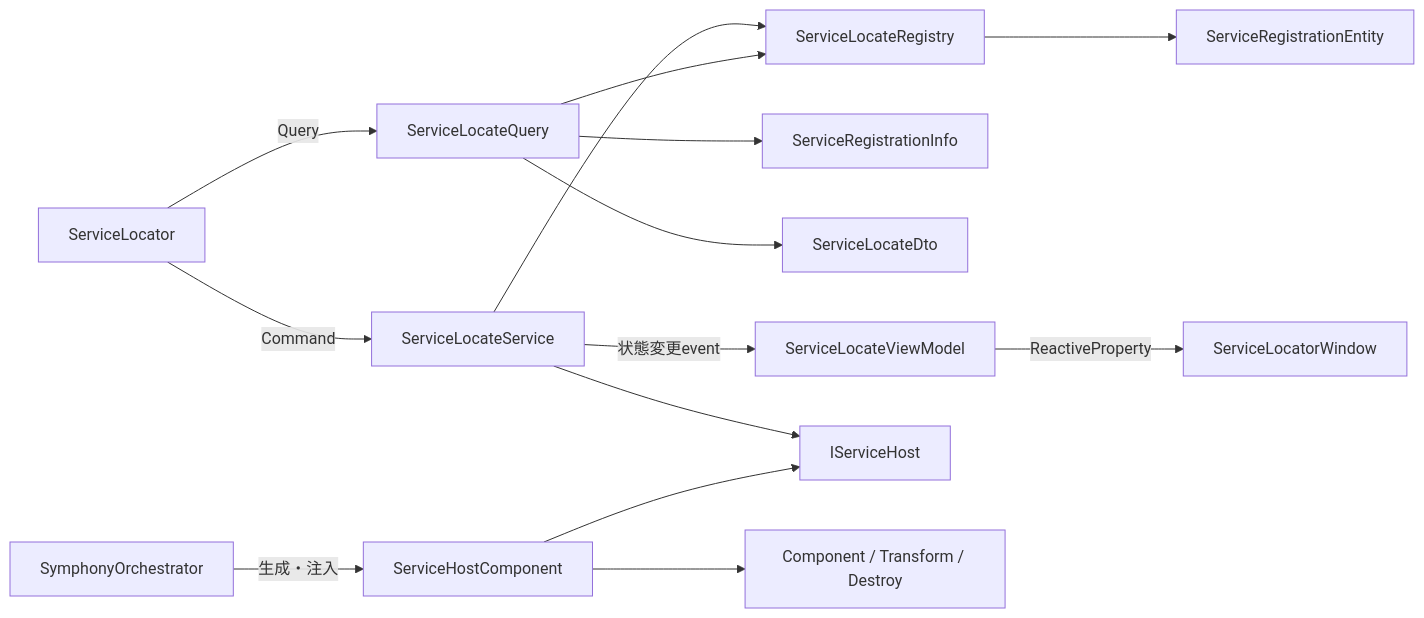
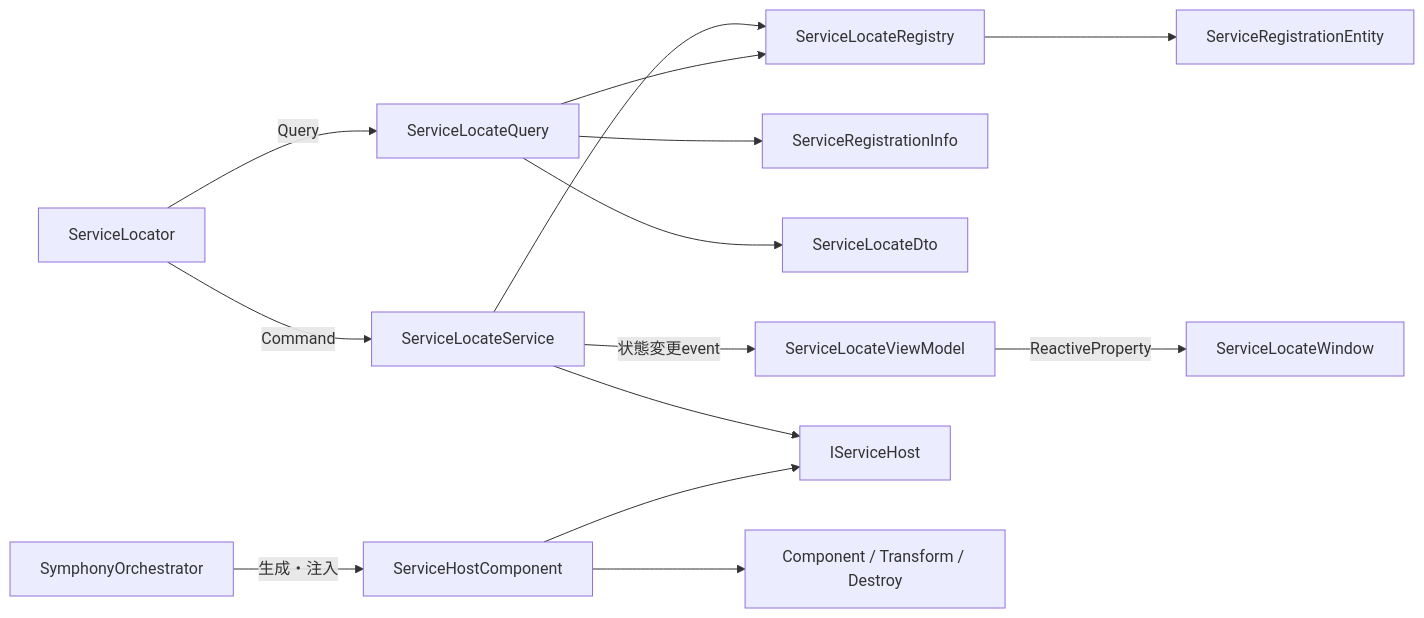
The fifth of 9 diagrams in Documentation~/Architecture.md (HIBIKI5201/SymphonyFramework), drawn with Mermaid before and after one commit. The commit also changed other lines of this file and 2 other files, not shown here.

````diff
--- a/Documentation~/Architecture.md
+++ b/Documentation~/Architecture.md
@@ -190,16 +190,16 @@
 ```mermaid
 flowchart LR
     Locator["ServiceLocator"] -->|Command| Service["ServiceLocateService"]
     Service --> Registry["ServiceLocateRegistry"]
     Registry --> Entity["ServiceRegistrationEntity"]
     Locator -->|Query| Query["ServiceLocateQuery"]
     Query --> Registry
     Query --> Info["ServiceRegistrationInfo"]
     Query --> Dto["ServiceLocateDto"]
     Service -->|状態変更event| ViewModel["ServiceLocateViewModel"]
-    ViewModel -->|ReactiveProperty| Window["ServiceLocatorWindow"]
+    ViewModel -->|ReactiveProperty| Window["ServiceLocateWindow"]
     Service --> HostContract["IServiceHost"]
     Host["ServiceHostComponent"] --> HostContract
     Host --> Unity["Component / Transform / Destroy"]
     Orchestrator["SymphonyOrchestrator"] -->|生成・注入| Host
 ```
````
